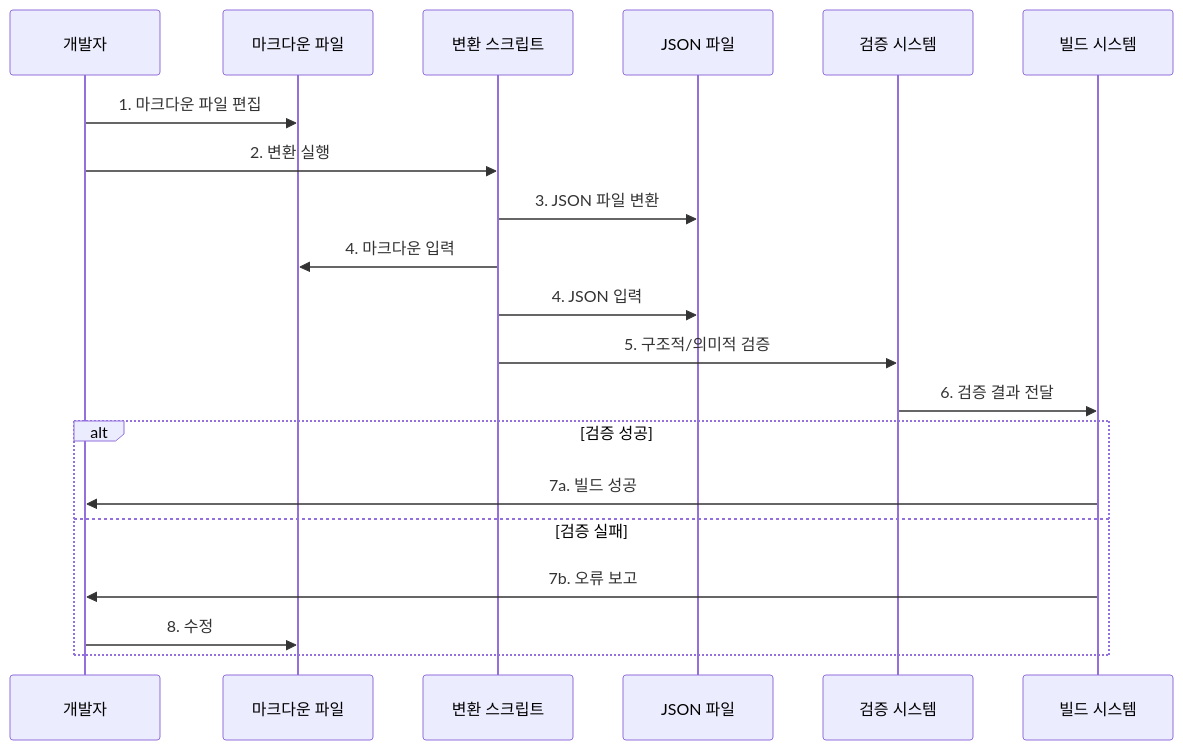
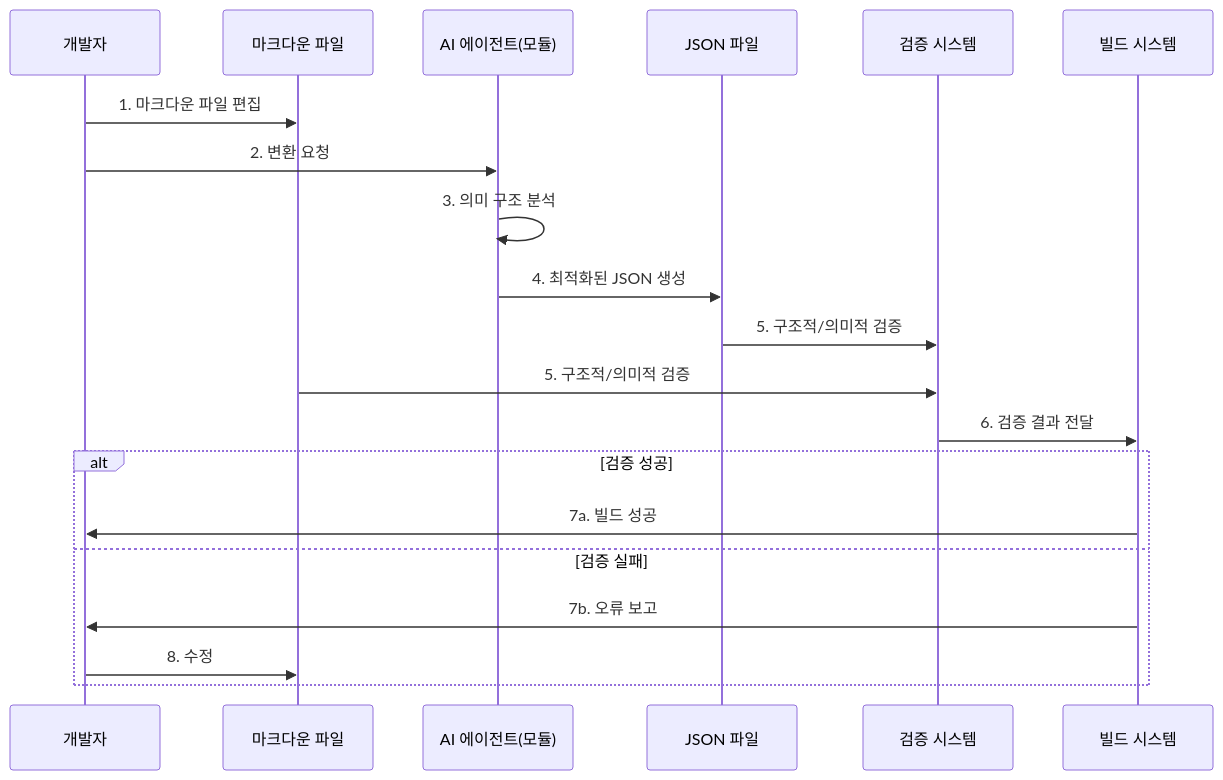
The second of 2 diagrams in docs/patent-materials/patent-md-json-ai-rules/README.md (aicoding-caret/caret-zero), drawn with Mermaid before and after one commit. The commit also changed other lines of this file, not shown here.

````diff
--- a/docs/patent-materials/patent-md-json-ai-rules/README.md
+++ b/docs/patent-materials/patent-md-json-ai-rules/README.md
@@ -176,24 +176,24 @@
 ```mermaid
 sequenceDiagram
     participant D as 개발자
     participant M as 마크다운 파일
-    participant C as 변환 스크립트
+    participant AI as AI 에이전트(모듈)
     participant J as JSON 파일
     participant V as 검증 시스템
     participant B as 빌드 시스템
     
     D->>M: 1. 마크다운 파일 편집
-    D->>C: 2. 변환 실행
-    C->>J: 3. JSON 파일 변환
-    C->>M: 4. 마크다운 입력
-    C->>J: 4. JSON 입력
-    C->>V: 5. 구조적/의미적 검증
+    D->>AI: 2. 변환 요청
+    AI->>AI: 3. 의미 구조 분석
+    AI->>J: 4. 최적화된 JSON 생성
+    J->>V: 5. 구조적/의미적 검증
+    M->>V: 5. 구조적/의미적 검증
     V->>B: 6. 검증 결과 전달
     
     alt 검증 성공
         B->>D: 7a. 빌드 성공
     else 검증 실패
         B->>D: 7b. 오류 보고
         D->>M: 8. 수정
     end
 ```
````
